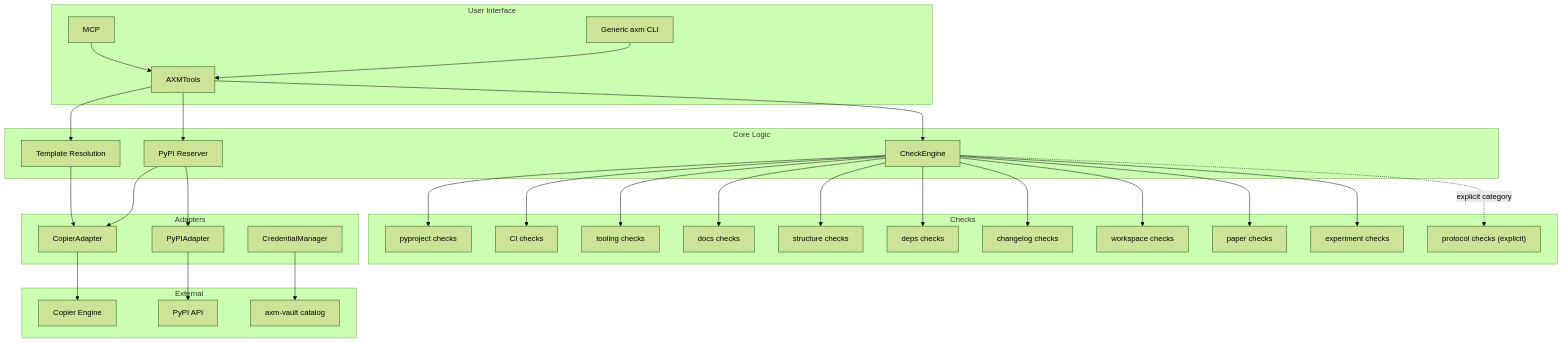
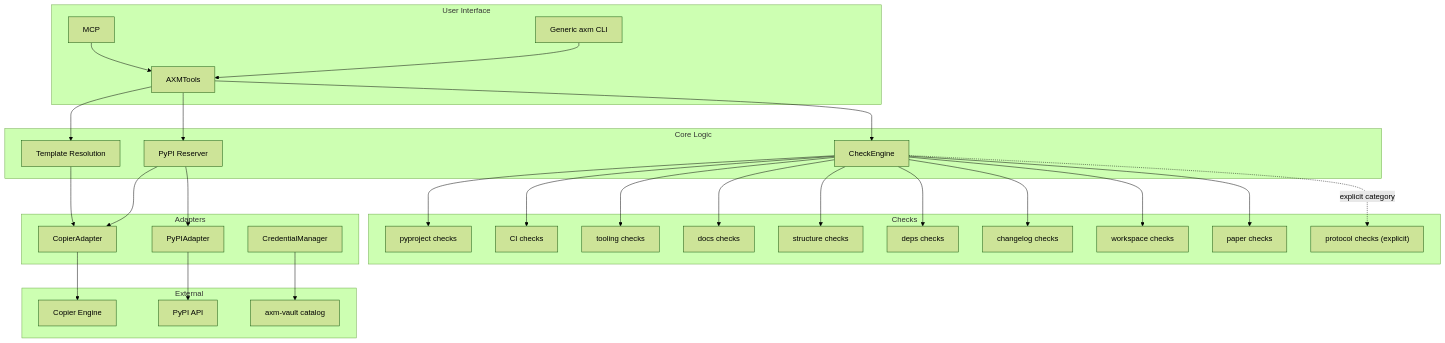
The diagram in packages/axm-init/docs/explanation/architecture.md (axm-protocols/axm-forge), drawn with Mermaid (forest theme) before and after one commit. The commit also changed other lines of this file and 120 other files, not shown here.

````diff
--- a/packages/axm-init/docs/explanation/architecture.md
+++ b/packages/axm-init/docs/explanation/architecture.md
@@ -7,63 +7,61 @@
 ```mermaid
 graph TD
     subgraph "User Interface"
         CLI["Generic axm CLI"]
         MCP["MCP"]
         Tools["AXMTools"]
     end
 
     subgraph "Core Logic"
         CheckEngine["CheckEngine"]
         Templates["Template Resolution"]
         Reserver["PyPI Reserver"]
     end
 
     subgraph "Checks"
         PyprojectChecks["pyproject checks"]
         CIChecks["CI checks"]
         ToolingChecks["tooling checks"]
         DocsChecks["docs checks"]
         StructureChecks["structure checks"]
         DepsChecks["deps checks"]
         ChangelogChecks["changelog checks"]
         WorkspaceChecks["workspace checks"]
         PaperChecks["paper checks"]
-        ExperimentChecks["experiment checks"]
         ProtocolChecks["protocol checks (explicit)"]
     end
 
     subgraph "Adapters"
         Copier["CopierAdapter"]
         PyPI["PyPIAdapter"]
         Creds["CredentialManager"]
     end
 
     subgraph "External"
         CopierEngine["Copier Engine"]
         PyPIAPI["PyPI API"]
         Vault["axm-vault catalog"]
     end
 
     CLI --> Tools
     MCP --> Tools
     Tools --> CheckEngine
     Tools --> Templates
     Tools --> Reserver
     CheckEngine --> PyprojectChecks
     CheckEngine --> CIChecks
     CheckEngine --> ToolingChecks
     CheckEngine --> DocsChecks
     CheckEngine --> StructureChecks
     CheckEngine --> DepsChecks
     CheckEngine --> ChangelogChecks
     CheckEngine --> WorkspaceChecks
     CheckEngine --> PaperChecks
-    CheckEngine --> ExperimentChecks
     CheckEngine -. explicit category .-> ProtocolChecks
     Reserver --> PyPI
     Reserver --> Copier
     Templates --> Copier
     Copier --> CopierEngine
     PyPI --> PyPIAPI
     Creds --> Vault
 ```
````
